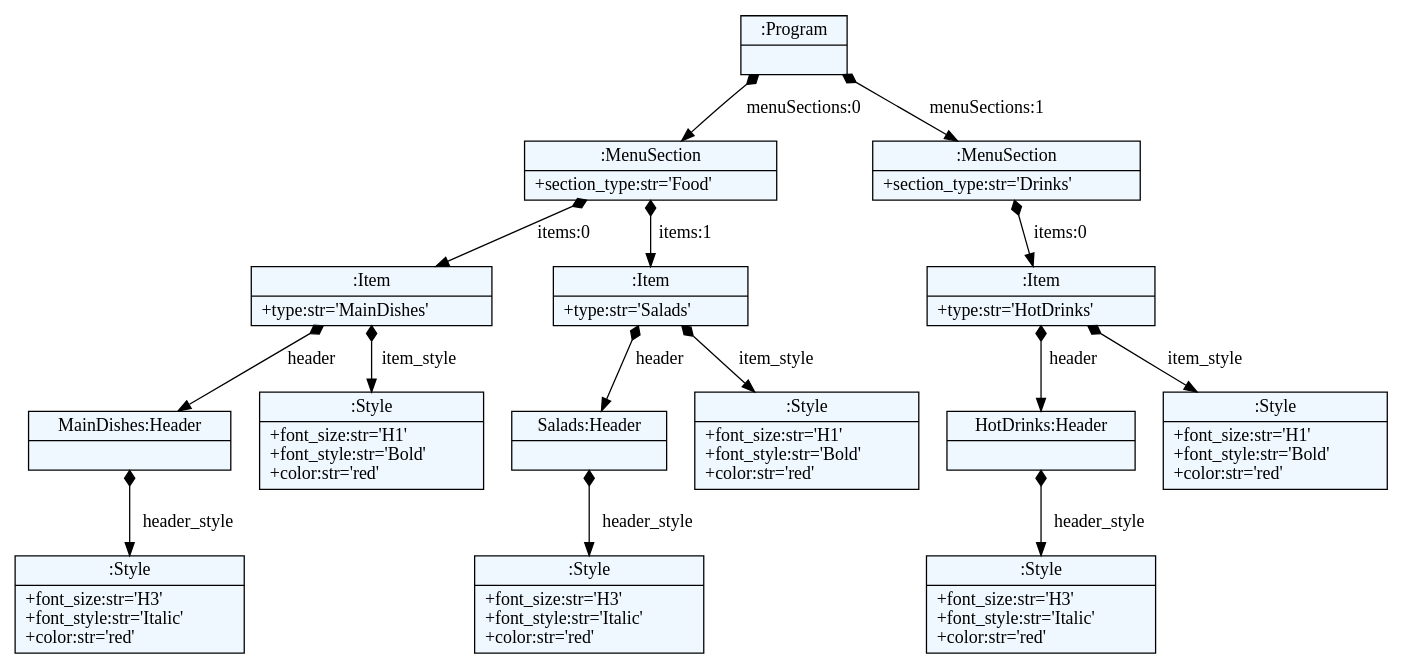
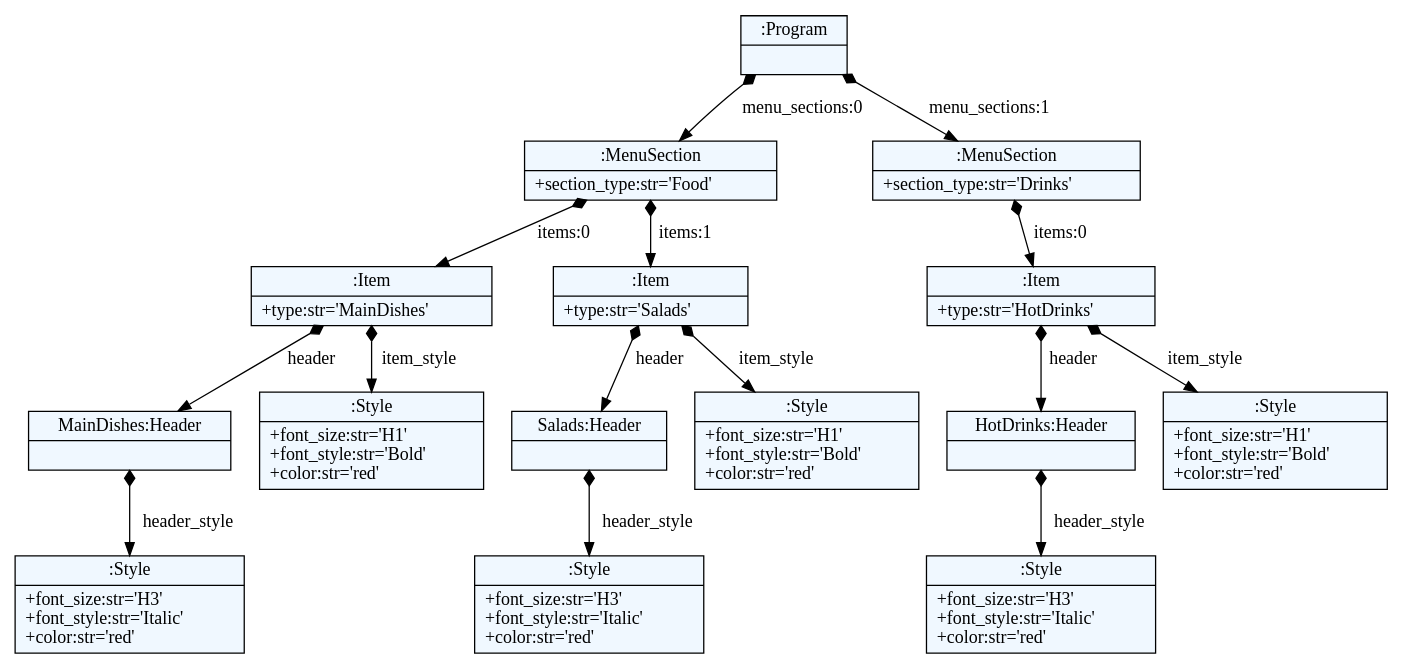
Before and after one commit to marijamilanovic/DSL: the diagram in menuDSL/example.dot, drawn with Graphviz. The commit also changed 7 other files, not shown here.

```diff
--- a/menuDSL/example.dot
+++ b/menuDSL/example.dot
@@ -1,44 +1,44 @@
 
     digraph textX {
     fontname = "Bitstream Vera Sans"
     fontsize = 8
     node[
         shape=record,
         style=filled,
         fillcolor=aliceblue
     ]
     nodesep = 0.3
     edge[dir=black,arrowtail=empty]
 
 
-2240674276160 -> 2240674276880 [label="menuSections:0" arrowtail=diamond dir=both]
-2240674276880 -> 2240674277072 [label="items:0" arrowtail=diamond dir=both]
-2240674277072 -> 2240674275824 [label="header" arrowtail=diamond dir=both]
-2240674275824 -> 2240674275968 [label="header_style" arrowtail=diamond dir=both]
-2240674275968[label="{:Style|+font_size:str='H3'\l+font_style:str='Italic'\l+color:str='red'\l}"]
-2240674275824[label="{MainDishes:Header|}"]
-2240674277072 -> 2240674275920 [label="item_style" arrowtail=diamond dir=both]
-2240674275920[label="{:Style|+font_size:str='H1'\l+font_style:str='Bold'\l+color:str='red'\l}"]
-2240674277072[label="{:Item|+type:str='MainDishes'\l}"]
-2240674276880 -> 2240674277120 [label="items:1" arrowtail=diamond dir=both]
-2240674277120 -> 2240674277264 [label="header" arrowtail=diamond dir=both]
-2240674277264 -> 2240674277408 [label="header_style" arrowtail=diamond dir=both]
-2240674277408[label="{:Style|+font_size:str='H3'\l+font_style:str='Italic'\l+color:str='red'\l}"]
-2240674277264[label="{Salads:Header|}"]
-2240674277120 -> 2240674277360 [label="item_style" arrowtail=diamond dir=both]
-2240674277360[label="{:Style|+font_size:str='H1'\l+font_style:str='Bold'\l+color:str='red'\l}"]
-2240674277120[label="{:Item|+type:str='Salads'\l}"]
-2240674276880[label="{:MenuSection|+section_type:str='Food'\l}"]
-2240674276160 -> 2240674276976 [label="menuSections:1" arrowtail=diamond dir=both]
-2240674276976 -> 2240674277504 [label="items:0" arrowtail=diamond dir=both]
-2240674277504 -> 2240674277600 [label="header" arrowtail=diamond dir=both]
-2240674277600 -> 2240674277744 [label="header_style" arrowtail=diamond dir=both]
-2240674277744[label="{:Style|+font_size:str='H3'\l+font_style:str='Italic'\l+color:str='red'\l}"]
-2240674277600[label="{HotDrinks:Header|}"]
-2240674277504 -> 2240674277696 [label="item_style" arrowtail=diamond dir=both]
-2240674277696[label="{:Style|+font_size:str='H1'\l+font_style:str='Bold'\l+color:str='red'\l}"]
-2240674277504[label="{:Item|+type:str='HotDrinks'\l}"]
-2240674276976[label="{:MenuSection|+section_type:str='Drinks'\l}"]
-2240674276160[label="{:Program|}"]
+1757465780176 -> 1757465780080 [label="menu_sections:0" arrowtail=diamond dir=both]
+1757465780080 -> 1757465674032 [label="items:0" arrowtail=diamond dir=both]
+1757465674032 -> 1757465674176 [label="header" arrowtail=diamond dir=both]
+1757465674176 -> 1757465674320 [label="header_style" arrowtail=diamond dir=both]
+1757465674320[label="{:Style|+font_size:str='H3'\l+font_style:str='Italic'\l+color:str='red'\l}"]
+1757465674176[label="{MainDishes:Header|}"]
+1757465674032 -> 1757465674272 [label="item_style" arrowtail=diamond dir=both]
+1757465674272[label="{:Style|+font_size:str='H1'\l+font_style:str='Bold'\l+color:str='red'\l}"]
+1757465674032[label="{:Item|+type:str='MainDishes'\l}"]
+1757465780080 -> 1757465674080 [label="items:1" arrowtail=diamond dir=both]
+1757465674080 -> 1757465674464 [label="header" arrowtail=diamond dir=both]
+1757465674464 -> 1757465674608 [label="header_style" arrowtail=diamond dir=both]
+1757465674608[label="{:Style|+font_size:str='H3'\l+font_style:str='Italic'\l+color:str='red'\l}"]
+1757465674464[label="{Salads:Header|}"]
+1757465674080 -> 1757465674560 [label="item_style" arrowtail=diamond dir=both]
+1757465674560[label="{:Style|+font_size:str='H1'\l+font_style:str='Bold'\l+color:str='red'\l}"]
+1757465674080[label="{:Item|+type:str='Salads'\l}"]
+1757465780080[label="{:MenuSection|+section_type:str='Food'\l}"]
+1757465780176 -> 1757465673936 [label="menu_sections:1" arrowtail=diamond dir=both]
+1757465673936 -> 1757465674704 [label="items:0" arrowtail=diamond dir=both]
+1757465674704 -> 1757465674800 [label="header" arrowtail=diamond dir=both]
+1757465674800 -> 1757465674944 [label="header_style" arrowtail=diamond dir=both]
+1757465674944[label="{:Style|+font_size:str='H3'\l+font_style:str='Italic'\l+color:str='red'\l}"]
+1757465674800[label="{HotDrinks:Header|}"]
+1757465674704 -> 1757465674896 [label="item_style" arrowtail=diamond dir=both]
+1757465674896[label="{:Style|+font_size:str='H1'\l+font_style:str='Bold'\l+color:str='red'\l}"]
+1757465674704[label="{:Item|+type:str='HotDrinks'\l}"]
+1757465673936[label="{:MenuSection|+section_type:str='Drinks'\l}"]
+1757465780176[label="{:Program|}"]
 
 }
```
